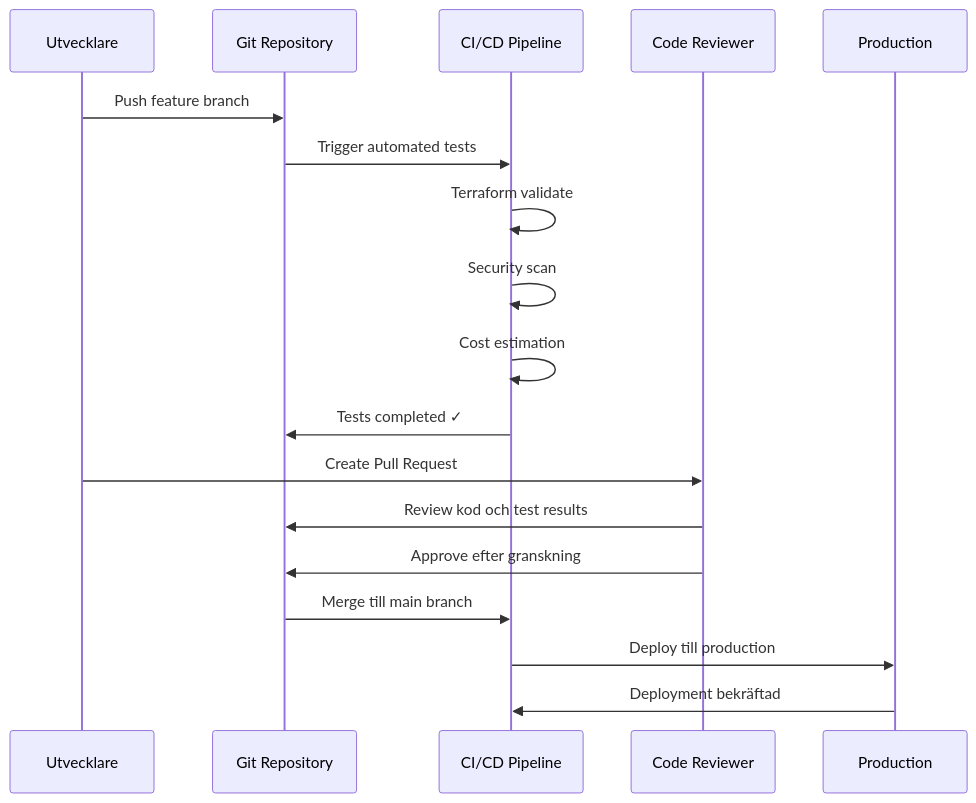
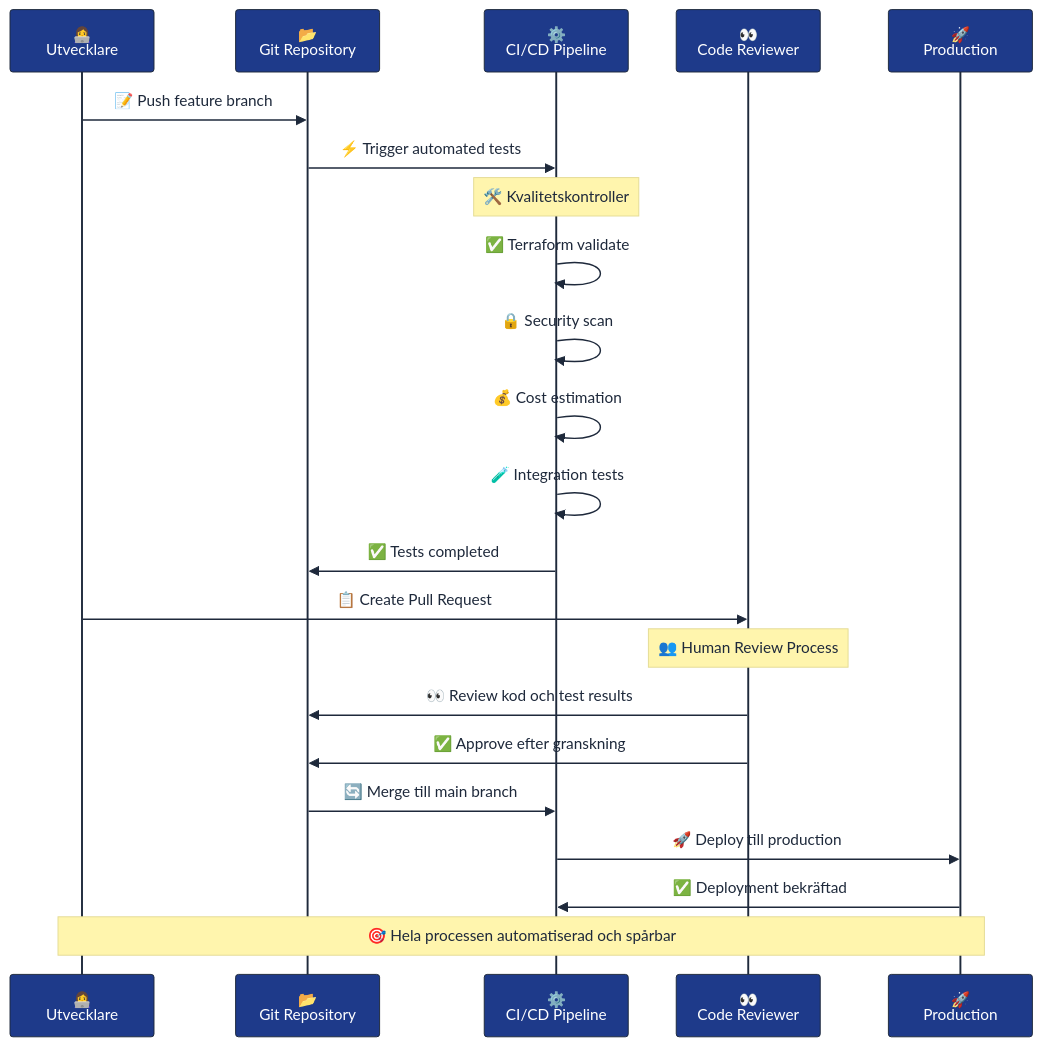
The diagram in docs/images/code_review_sequence.mmd (Geonitab/architecture_as_code), drawn with Mermaid before and after one commit. The commit also changed 39 other files, not shown here.

```diff
--- a/docs/images/code_review_sequence.mmd
+++ b/docs/images/code_review_sequence.mmd
@@ -1,19 +1,29 @@
+%%{init: {"theme": "base", "themeVariables": {"primaryColor": "#1e3a8a", "primaryTextColor": "#ffffff", "primaryBorderColor": "#1e293b", "lineColor": "#3b82f6", "fontFamily": "Inter", "fontSize": "14px", "actorBkg": "#1e3a8a", "actorBorder": "#1e293b", "actorTextColor": "#ffffff", "signalColor": "#1e293b", "signalTextColor": "#1e293b", "noteTextColor": "#1e293b", "activationBorderColor": "#1e3a8a", "activationBkgColor": "#3b82f6"}}}%%
 sequenceDiagram
-    participant Dev as Utvecklare
-    participant Git as Git Repository
-    participant CI as CI/CD Pipeline
-    participant Rev as Code Reviewer
-    participant Prod as Production
+    participant Dev as 👩‍💻<br/>Utvecklare
+    participant Git as 📂<br/>Git Repository
+    participant CI as ⚙️<br/>CI/CD Pipeline
+    participant Rev as 👀<br/>Code Reviewer
+    participant Prod as 🚀<br/>Production
     
-    Dev->>Git: Push feature branch
-    Git->>CI: Trigger automated tests
-    CI->>CI: Terraform validate
-    CI->>CI: Security scan
-    CI->>CI: Cost estimation
-    CI->>Git: Tests completed ✓
-    Dev->>Rev: Create Pull Request
-    Rev->>Git: Review kod och test results
-    Rev->>Git: Approve efter granskning
-    Git->>CI: Merge till main branch
-    CI->>Prod: Deploy till production
-    Prod->>CI: Deployment bekräftad
+    Dev->>Git: 📝 Push feature branch
+    Git->>CI: ⚡ Trigger automated tests
+    
+    Note over CI: 🛠️ Kvalitetskontroller
+    CI->>CI: ✅ Terraform validate
+    CI->>CI: 🔒 Security scan
+    CI->>CI: 💰 Cost estimation
+    CI->>CI: 🧪 Integration tests
+    
+    CI->>Git: ✅ Tests completed
+    Dev->>Rev: 📋 Create Pull Request
+    
+    Note over Rev: 👥 Human Review Process
+    Rev->>Git: 👀 Review kod och test results
+    Rev->>Git: ✅ Approve efter granskning
+    
+    Git->>CI: 🔄 Merge till main branch
+    CI->>Prod: 🚀 Deploy till production
+    Prod->>CI: ✅ Deployment bekräftad
+    
+    Note over Dev,Prod: 🎯 Hela processen automatiserad och spårbar
```
